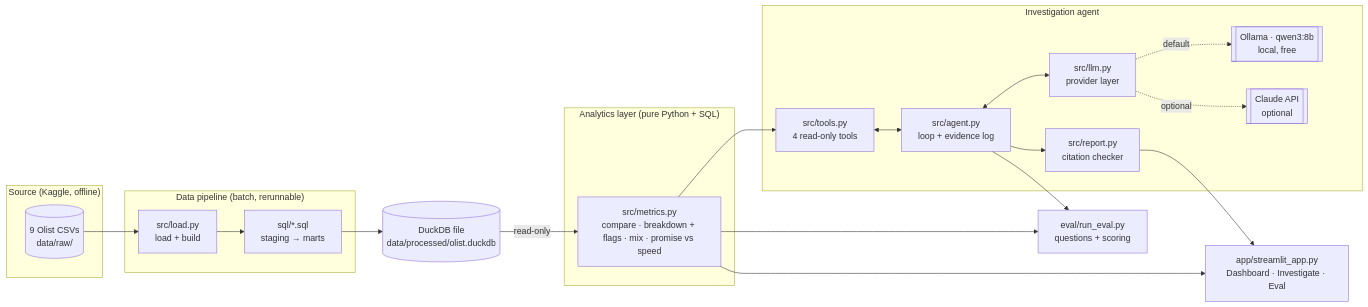
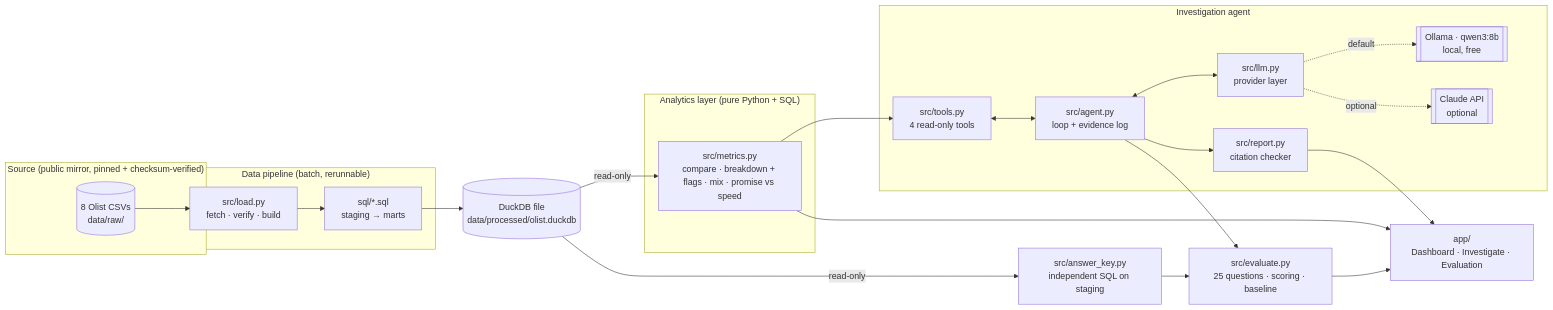
One commit to savithasundaresan/ai-investigation-analyst changed the first of 5 diagrams in docs/design.md. Above: the diagram before and after it, drawn with Mermaid. The commit also changed other lines of this file and 63 other files, not shown here.

````diff
--- a/docs/design.md
+++ b/docs/design.md
@@ -25,42 +25,44 @@
 ```mermaid
 flowchart LR
-    subgraph Source["Source (Kaggle, offline)"]
-        CSV[(9 Olist CSVs<br/>data/raw/)]
+    subgraph Source["Source (public mirror, pinned + checksum-verified)"]
+        CSV[(8 Olist CSVs<br/>data/raw/)]
     end
 
     subgraph Pipeline["Data pipeline (batch, rerunnable)"]
-        LOAD[src/load.py<br/>load + build]
+        LOAD[src/load.py<br/>fetch · verify · build]
         SQL[sql/*.sql<br/>staging → marts]
     end
 
     DB[(DuckDB file<br/>data/processed/olist.duckdb)]
 
     subgraph Analytics["Analytics layer (pure Python + SQL)"]
         MET[src/metrics.py<br/>compare · breakdown + flags · mix · promise vs speed]
     end
 
     subgraph Agent["Investigation agent"]
         TOOLS[src/tools.py<br/>4 read-only tools]
         LOOP[src/agent.py<br/>loop + evidence log]
         LLM[src/llm.py<br/>provider layer]
         OLL[[Ollama · qwen3:8b<br/>local, free]]
         ANT[[Claude API<br/>optional]]
         REP[src/report.py<br/>citation checker]
     end
 
-    UI[app/streamlit_app.py<br/>Dashboard · Investigate · Eval]
-    EVAL[eval/run_eval.py<br/>questions + scoring]
+    UI[app/<br/>Dashboard · Investigate · Evaluation]
+    EVAL[src/evaluate.py<br/>25 questions · scoring · baseline]
+    KEY[src/answer_key.py<br/>independent SQL on staging]
 
     CSV --> LOAD --> SQL --> DB
     DB -->|read-only| MET
     MET --> TOOLS
     TOOLS <--> LOOP
     LOOP <--> LLM
     LLM -.default.-> OLL
     LLM -.optional.-> ANT
     LOOP --> REP
     MET --> UI
     REP --> UI
     LOOP --> EVAL
-    MET --> EVAL
+    DB -->|read-only| KEY --> EVAL
+    EVAL --> UI
 ```
````
